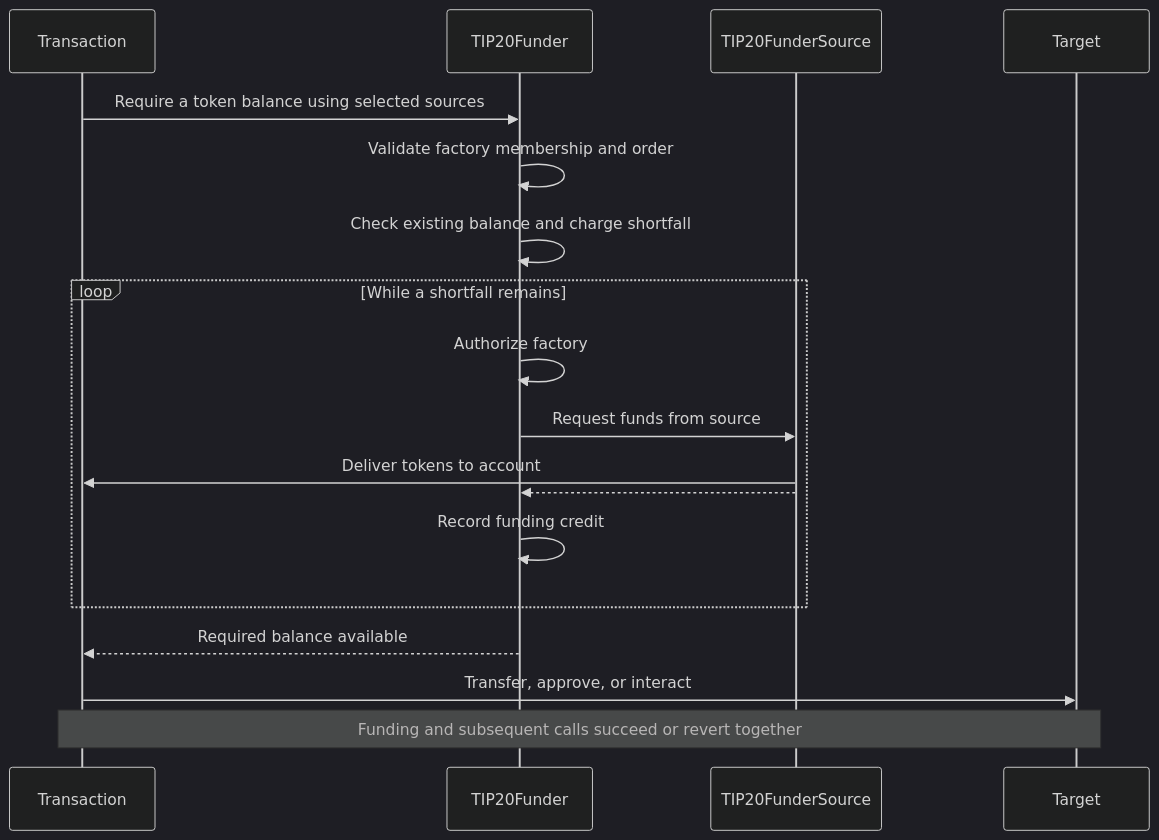
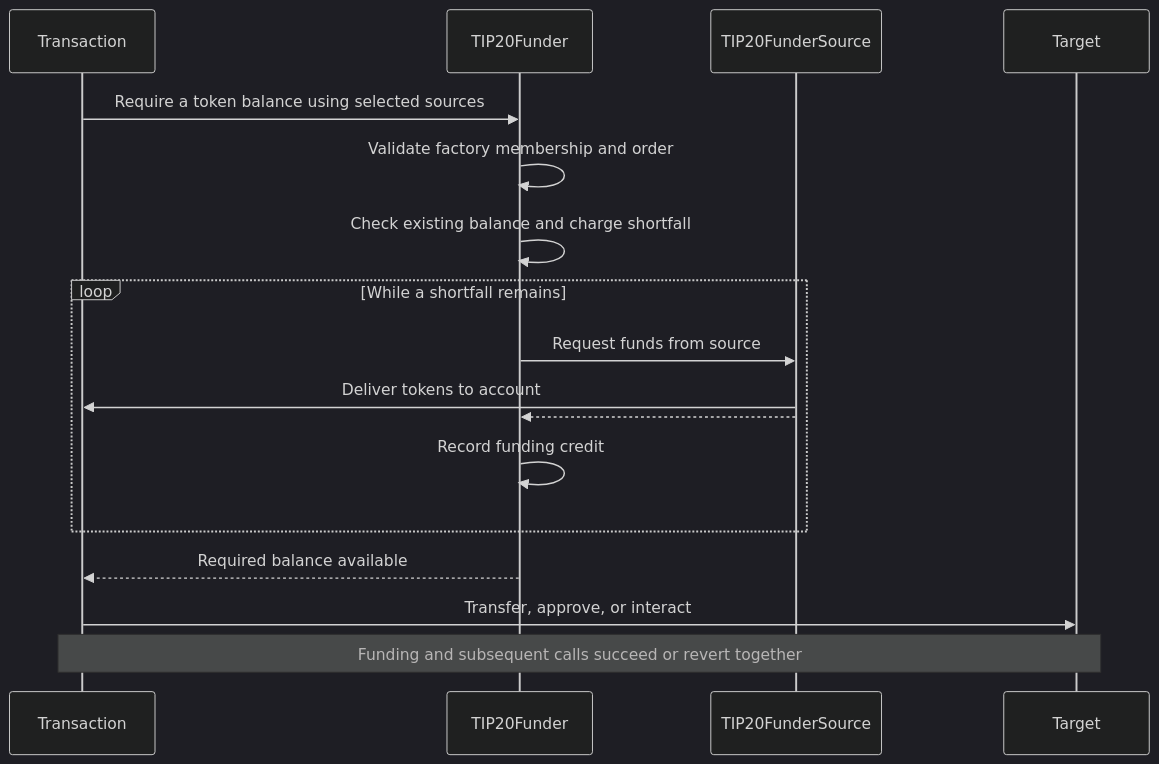
Before and after one commit to tempoxyz/tempo: the diagram in tips/tip-1120.md, drawn with Mermaid (dark theme). The commit also changed other lines of this file, not shown here.

Commit message:
docs(tip-1120): simplify diagram and remove open questions

````diff
--- a/tips/tip-1120.md
+++ b/tips/tip-1120.md
@@ -45,21 +45,20 @@
 ```mermaid
 sequenceDiagram
     participant C as Transaction
     participant P as TIP20Funder
     participant S as TIP20FunderSource
     participant A as Target
 
     C->>P: Require a token balance using selected sources
     P->>P: Validate factory membership and order
     P->>P: Check existing balance and charge shortfall
     loop While a shortfall remains
-        P->>P: Authorize factory
         P->>S: Request funds from source
         S->>C: Deliver tokens to account
         S-->>P:
         P->>P: Record funding credit
     end
     P-->>C: Required balance available
     C->>A: Transfer, approve, or interact
     Note over C,A: Funding and subsequent calls succeed or revert together
 ```
````
